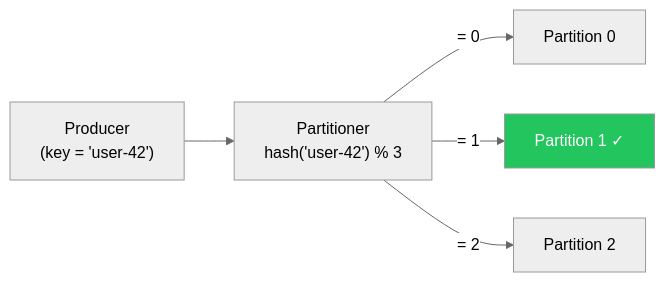
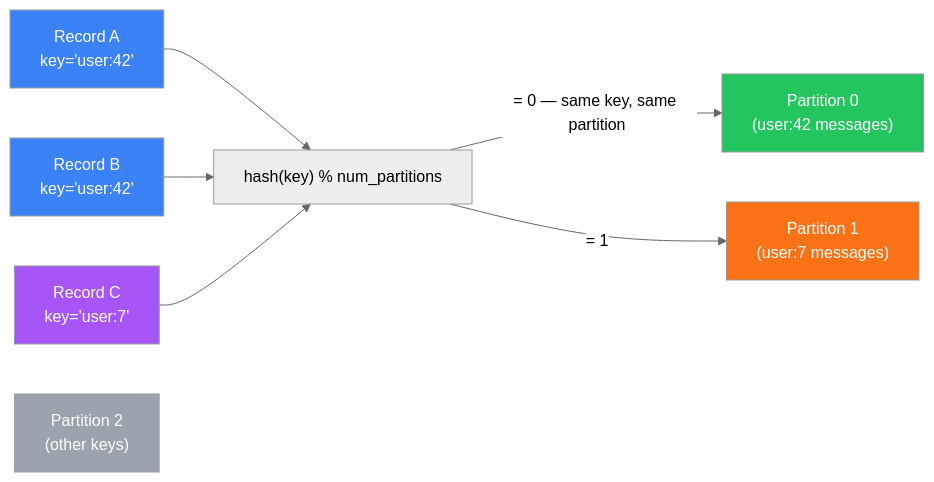
The second of 6 diagrams in _posts/2018-08-13-kafka-topics-and-partitions-explained.md (mrsrinivas/mrsrinivas.github.io), drawn with Mermaid (neutral theme) before and after one commit. The commit also changed other lines of this file and 2 other files, not shown here.

First line of the commit message:
Fix Kafka diagrams and convert Spark + volatile/static SVGs to Mermaid

````diff
--- a/_posts/2018-08-13-kafka-topics-and-partitions-explained.md
+++ b/_posts/2018-08-13-kafka-topics-and-partitions-explained.md
@@ -48,8 +61,22 @@
 ```mermaid
 flowchart LR
-    P["Producer\n(key = 'user-42')"] --> H["Partitioner\nhash('user-42') % 3"]
-    H -->|"= 0"| P0["Partition 0"]
-    H -->|"= 1"| P1["Partition 1 ✓"]
-    H -->|"= 2"| P2["Partition 2"]
-    style P1 fill:#22c55e,color:#fff
+    A["Record A\nkey='user:42'"]
+    B["Record B\nkey='user:42'"]
+    C["Record C\nkey='user:7'"]
+    H["hash(key) % num_partitions"]
+    P0["Partition 0\n(user:42 messages)"]
+    P1["Partition 1\n(user:7 messages)"]
+    P2["Partition 2\n(other keys)"]
+
+    A & B --> H
+    C --> H
+    H -->|"= 0 — same key, same partition"| P0
+    H -->|"= 1"| P1
+
+    style A fill:#3b82f6,color:#fff
+    style B fill:#3b82f6,color:#fff
+    style C fill:#a855f7,color:#fff
+    style P0 fill:#22c55e,color:#fff
+    style P1 fill:#f97316,color:#fff
+    style P2 fill:#9ca3af,color:#fff
 ```
````
